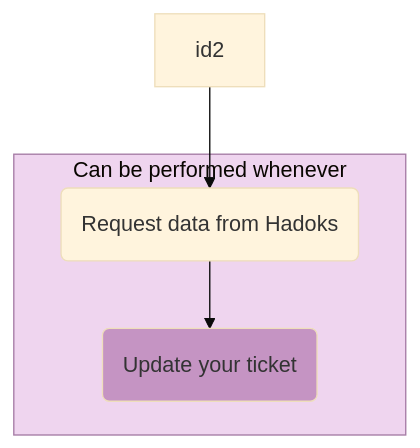
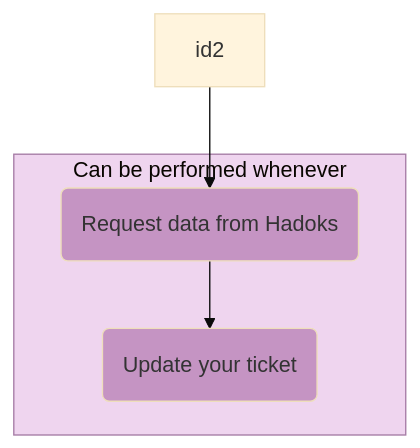
Before and after one commit to elan-dcc/elan-dcc.github.io: the diagram in charts/flowchart/hadoks.mmd, drawn with Mermaid (base theme). The commit also changed 1 other file, not shown here.

Commit message:
update two charts

```diff
--- a/charts/flowchart/hadoks.mmd
+++ b/charts/flowchart/hadoks.mmd
@@ -1,11 +1,12 @@
 flowchart TD
 subgraph external [Can be performed whenever]
     idF1(Request data from Hadoks) --> idF2(Update your ticket)
 end
 
 id2 --> idF1
 
+style idF1 fill:#c594c3
 style idF2 fill:#c594c3
 style external fill:#efd5ef, stroke:#a57ca5
 click idF1 "https://elan-dcc.github.io/researchers/hadoks" "hadoks" _blank
 click idF2 "https://elanresearch.nl" "ELAN research" _blank
```
